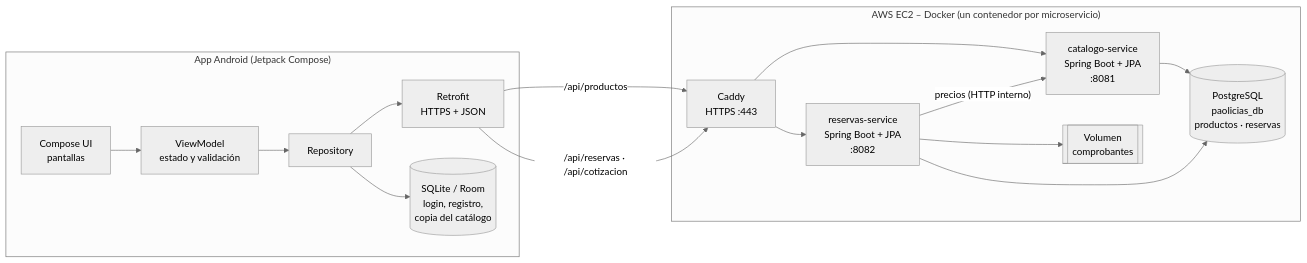
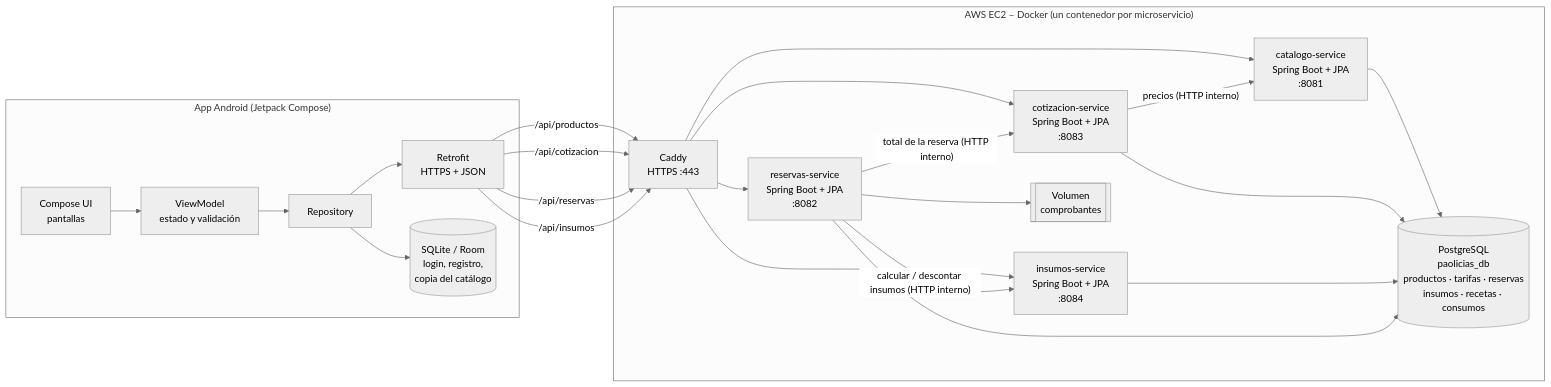
The first of 4 diagrams in documents/arquitectura.md (VooNn47/Paolicias.sweet), drawn with Mermaid (neutral theme) before and after one commit. The commit also changed other lines of this file and 18 other files, not shown here.

````diff
--- a/documents/arquitectura.md
+++ b/documents/arquitectura.md
@@ -8,26 +8,36 @@
 ```mermaid
 flowchart LR
     subgraph Android["App Android (Jetpack Compose)"]
         UI["Compose UI<br/>pantallas"] --> VM["ViewModel<br/>estado y validación"]
         VM --> REPO["Repository"]
         REPO --> RET["Retrofit<br/>HTTPS + JSON"]
         REPO --> ROOM[("SQLite / Room<br/>login, registro,<br/>copia del catálogo")]
     end
 
     subgraph Nube["AWS EC2 – Docker (un contenedor por microservicio)"]
         CADDY["Caddy<br/>HTTPS :443"]
         CAT["catalogo-service<br/>Spring Boot + JPA<br/>:8081"]
+        COT["cotizacion-service<br/>Spring Boot + JPA<br/>:8083"]
+        INS["insumos-service<br/>Spring Boot + JPA<br/>:8084"]
         RES["reservas-service<br/>Spring Boot + JPA<br/>:8082"]
-        PG[("PostgreSQL<br/>paolicias_db<br/>productos · reservas")]
+        PG[("PostgreSQL<br/>paolicias_db<br/>productos · tarifas · reservas<br/>insumos · recetas · consumos")]
         VOL[["Volumen<br/>comprobantes"]]
     end
 
     RET -- "/api/productos" --> CADDY
-    RET -- "/api/reservas · /api/cotizacion" --> CADDY
+    RET -- "/api/cotizacion" --> CADDY
+    RET -- "/api/reservas" --> CADDY
+    RET -- "/api/insumos" --> CADDY
     CADDY --> CAT
+    CADDY --> COT
     CADDY --> RES
-    RES -- "precios (HTTP interno)" --> CAT
+    CADDY --> INS
+    RES -- "total de la reserva (HTTP interno)" --> COT
+    COT -- "precios (HTTP interno)" --> CAT
+    RES -- "calcular / descontar insumos (HTTP interno)" --> INS
     CAT --> PG
+    COT --> PG
+    INS --> PG
     RES --> PG
     RES --> VOL
 ```
````
